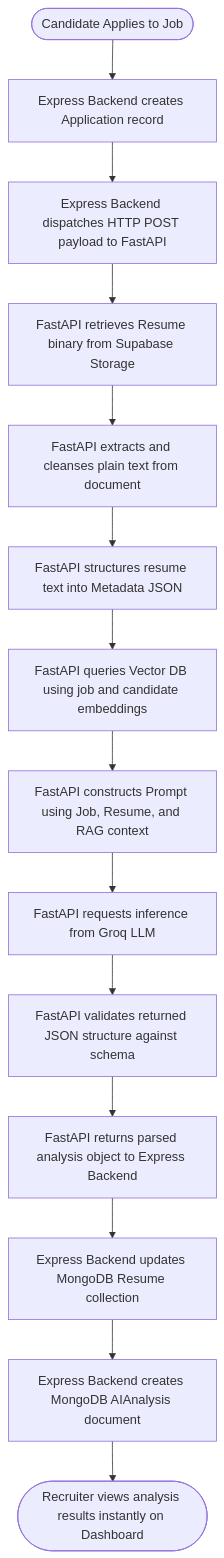
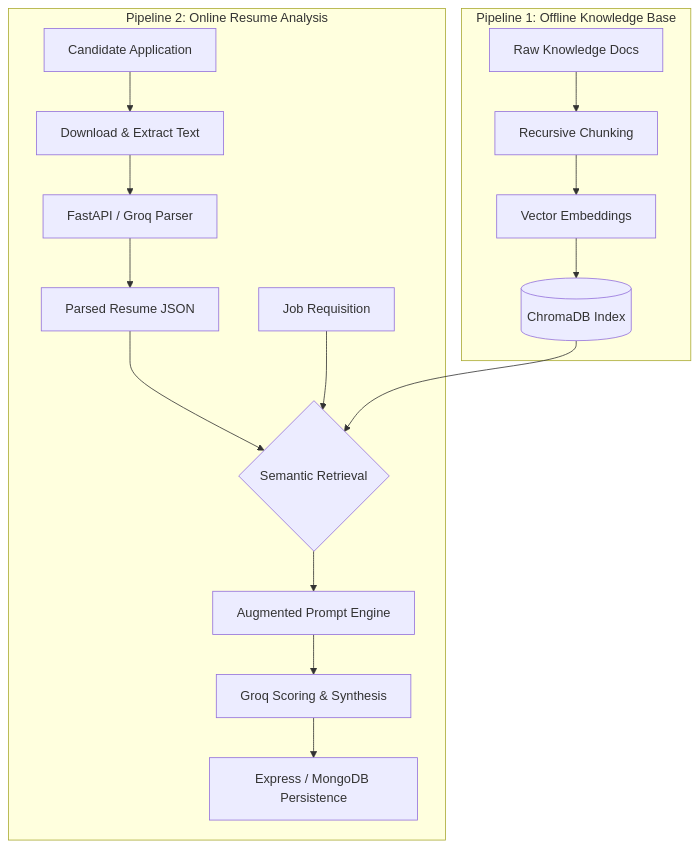
Before and after one commit to JinayShah10/RecruitIQ: the third of 7 diagrams in docs/09_AI_Architecture.md, drawn with Mermaid. The commit also changed other lines of this file, not shown here.

Commit message:
refactor(ai): redesign AI pipeline architecture from scratch

````diff
--- a/docs/09_AI_Architecture.md
+++ b/docs/09_AI_Architecture.md
@@ -74,16 +132,19 @@
 ```mermaid
 graph TD
-    A([Candidate Applies to Job]) --> B[Express Backend creates Application record]
-    B --> C[Express Backend dispatches HTTP POST payload to FastAPI]
-    C --> D[FastAPI retrieves Resume binary from Supabase Storage]
-    D --> E[FastAPI extracts and cleanses plain text from document]
-    E --> F[FastAPI structures resume text into Metadata JSON]
-    F --> G[FastAPI queries Vector DB using job and candidate embeddings]
-    G --> H[FastAPI constructs Prompt using Job, Resume, and RAG context]
-    H --> I[FastAPI requests inference from Groq LLM]
-    I --> J[FastAPI validates returned JSON structure against schema]
-    J --> K[FastAPI returns parsed analysis object to Express Backend]
-    K --> L[Express Backend updates MongoDB Resume collection]
-    L --> M[Express Backend creates MongoDB AIAnalysis document]
-    M --> N([Recruiter views analysis results instantly on Dashboard])
+    subgraph Pipeline 1 [Pipeline 1: Offline Knowledge Base]
+        A1[Raw Knowledge Docs] --> B1[Recursive Chunking]
+        B1 --> C1[Vector Embeddings]
+        C1 --> D1[(ChromaDB Index)]
+    end
+
+    subgraph Pipeline 2 [Pipeline 2: Online Resume Analysis]
+        A2[Candidate Application] --> B2[Download & Extract Text]
+        B2 --> C2[FastAPI / Groq Parser]
+        C2 --> D2[Parsed Resume JSON]
+        D2 & E2[Job Requisition] --> F2{Semantic Retrieval}
+        D1 --> F2
+        F2 --> G2[Augmented Prompt Engine]
+        G2 --> H2[Groq Scoring & Synthesis]
+        H2 --> I2[Express / MongoDB Persistence]
+    end
 ```
````
